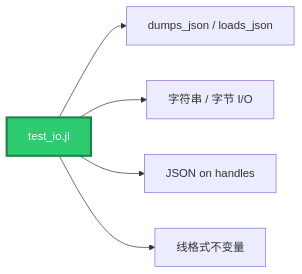
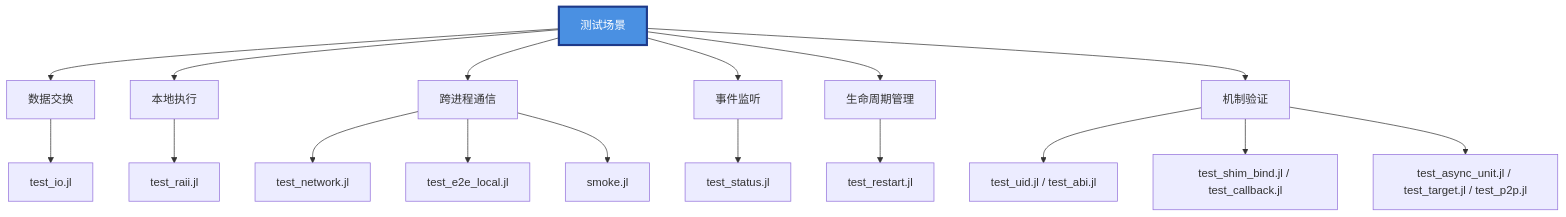
Diagram 22 of 29 in julia/README.md (PassByYou888/LingoFuse), drawn with Mermaid before and after one commit. The commit also changed other lines of this file and 41 other files, not shown here.

````diff
--- a/julia/README.md
+++ b/julia/README.md
@@ -862,9 +1006,24 @@
 ```mermaid
-flowchart LR
-    A["test_io.jl"] --> B["dumps_json / loads_json"]
-    A --> C["字符串 / 字节 I/O"]
-    A --> D["JSON on handles"]
-    A --> E["线格式不变量"]
+flowchart TB
+    S["测试场景"]
 
-    style A fill:#2ECC71,stroke:#1E8449,stroke-width:3px,color:#FFFFFF
+    S --> A["数据交换"]
+    S --> B["本地执行"]
+    S --> C["跨进程通信"]
+    S --> D["事件监听"]
+    S --> E["生命周期管理"]
+    S --> F["机制验证"]
+
+    A --> A1["test_io.jl"]
+    B --> B1["test_raii.jl"]
+    C --> C1["test_network.jl"]
+    C --> C2["test_e2e_local.jl"]
+    C --> C3["smoke.jl"]
+    D --> D1["test_status.jl"]
+    E --> E1["test_restart.jl"]
+    F --> F1["test_uid.jl / test_abi.jl"]
+    F --> F2["test_shim_bind.jl / test_callback.jl"]
+    F --> F3["test_async_unit.jl / test_target.jl / test_p2p.jl"]
+
+    style S fill:#4A90E2,stroke:#1E3A8A,stroke-width:3px,color:#FFFFFF
 ```
````
